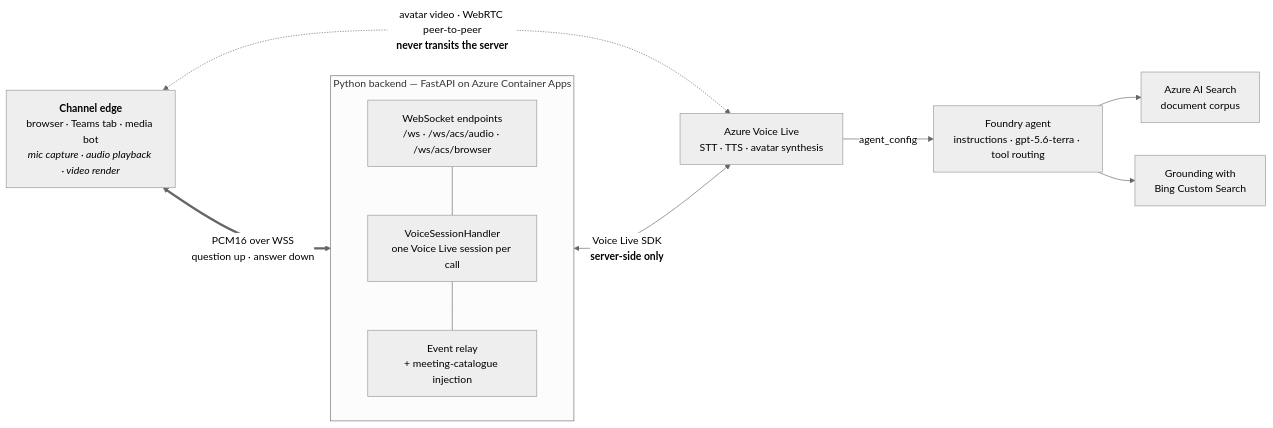
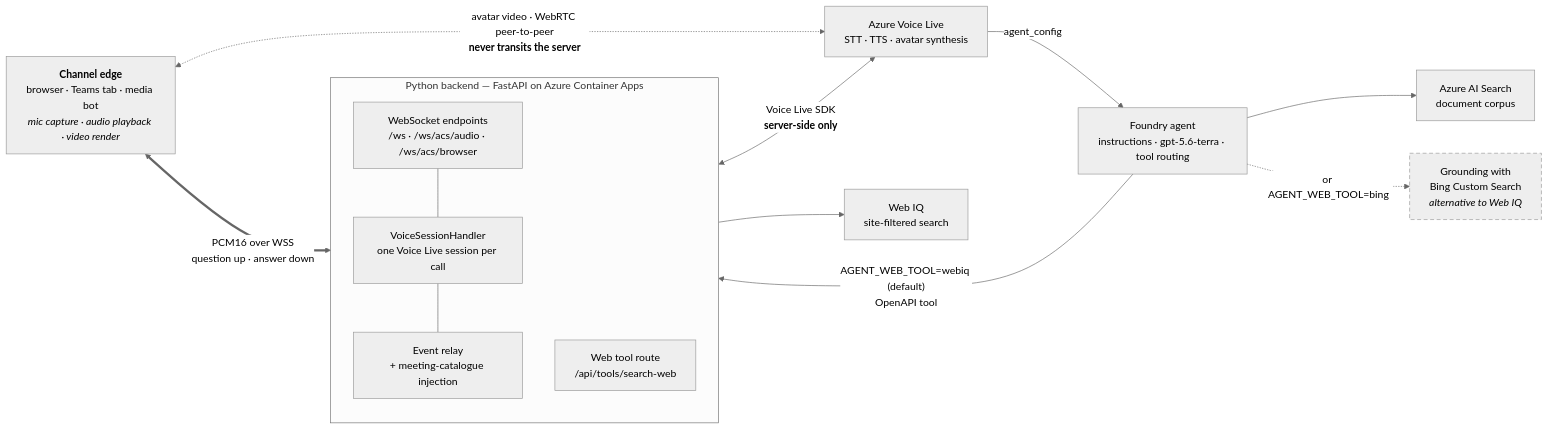
The diagram in docs/architecture.md (SridharArrabelly/avatar-forge), drawn with Mermaid (neutral theme) before and after one commit. The commit also changed other lines of this file and 45 other files, not shown here.

First line of the commit message:
Web IQ as the agent's web tool, and the default for new environments (#148)

````diff
--- a/docs/architecture.md
+++ b/docs/architecture.md
@@ -22,25 +22,33 @@
 ```mermaid
 flowchart LR
     EDGE["<b>Channel edge</b><br/>browser · Teams tab · media bot<br/><i>mic capture · audio playback · video render</i>"]
 
     subgraph Server["Python backend — FastAPI on Azure Container Apps"]
         direction TB
         WS["WebSocket endpoints<br/>/ws · /ws/acs/audio · /ws/acs/browser"]
         H["VoiceSessionHandler<br/>one Voice Live session per call"]
         EV["Event relay<br/>+ meeting-catalogue injection"]
+        WT["Web tool route<br/>/api/tools/search-web"]
         WS --- H
         H --- EV
     end
 
     VLS["Azure Voice Live<br/>STT · TTS · avatar synthesis"]
     AGENT["Foundry agent<br/>instructions · gpt-5.6-terra · tool routing"]
     SEARCH["Azure AI Search<br/>document corpus"]
-    NEWS["Grounding with<br/>Bing Custom Search"]
+    WEBIQ["Web IQ<br/>site-filtered search"]
+    NEWS["Grounding with<br/>Bing Custom Search<br/><i>alternative to Web IQ</i>"]
 
     EDGE <== "PCM16 over WSS<br/>question up · answer down" ==> WS
     EDGE <-. "avatar video · WebRTC peer-to-peer<br/><b>never transits the server</b>" .-> VLS
     H <-- "Voice Live SDK<br/><b>server-side only</b>" --> VLS
     VLS -- "agent_config" --> AGENT
     AGENT --> SEARCH
-    AGENT --> NEWS
+    AGENT -->|"AGENT_WEB_TOOL=webiq (default)<br/>OpenAPI tool"| WT
+    WT --> WEBIQ
+    AGENT -.->|"or AGENT_WEB_TOOL=bing"| NEWS
+
+    %% Dashed: the agent gets Web IQ OR Bing, never both.
+    classDef alternative stroke-dasharray:6 4
+    class NEWS alternative
 ```
````
